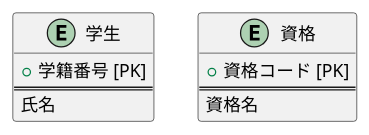
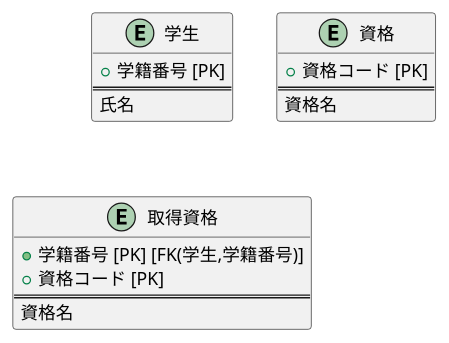
The diagram in DB/E-R図/詳細E-R図.md (Aso2001133/2021sys-design), drawn with PlantUML before and after one commit.

````diff
--- a/DB/E-R図/詳細E-R図.md
+++ b/DB/E-R図/詳細E-R図.md
@@ -1,14 +1,20 @@
 ```puml
 @startuml
 entity "学生" {
   + 学籍番号 [PK]
   ==
   氏名
 }
 entity "資格" {
   + 資格コード [PK]
   ==
   資格名
 }
+entity "取得資格" {
+  + 学籍番号 [PK] [FK(学生,学籍番号)]
+  + 資格コード [PK]
+  ==
+  資格名
+}
 @enduml
 ```
````
